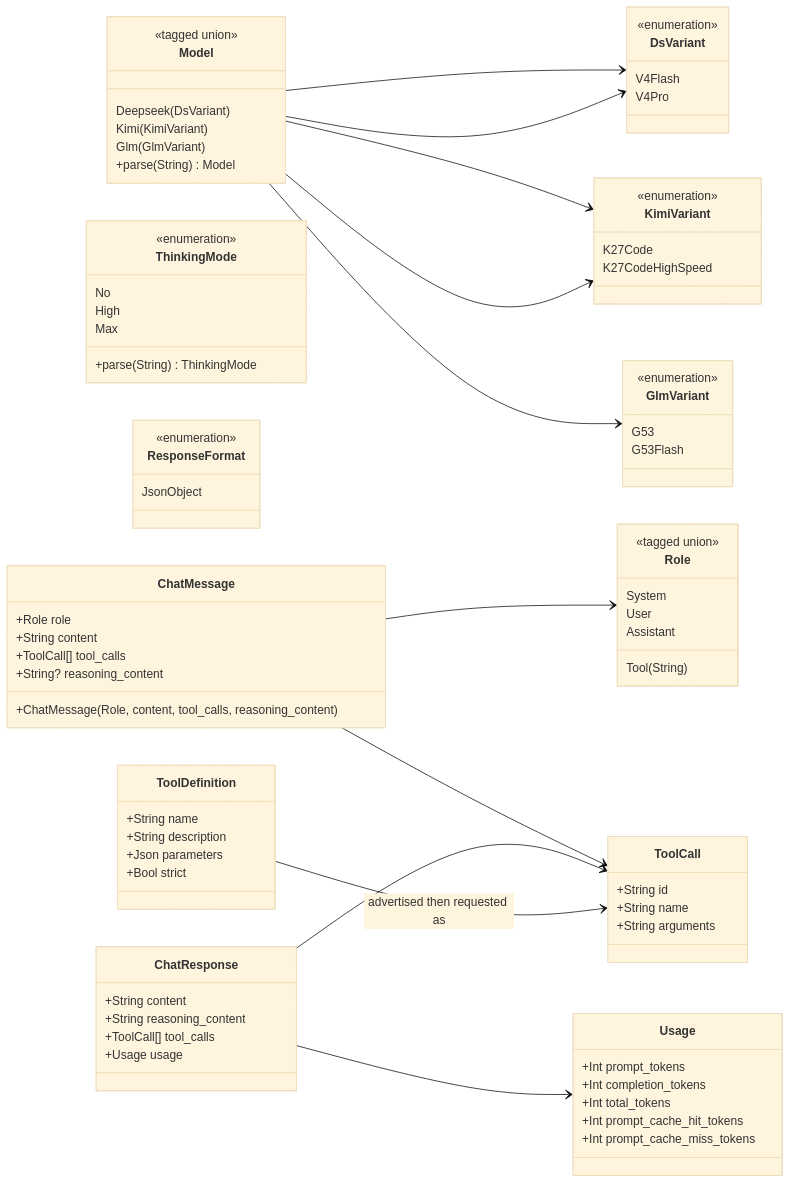
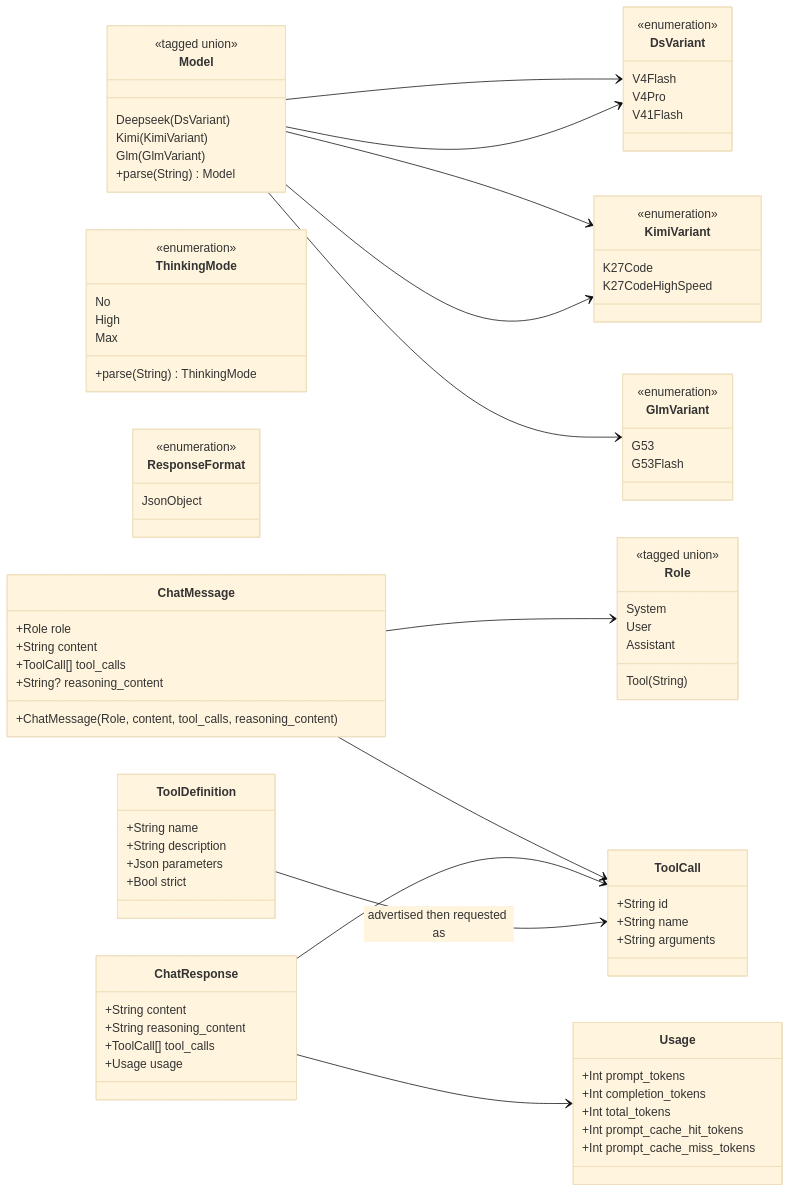
One commit to moonbitlang/openseek changed the second of 4 diagrams in deepseek/README.mbt.md. Above: the diagram before and after it, drawn with Mermaid (base theme). The commit also changed other lines of this file and 18 other files, not shown here.

```diff
--- a/deepseek/README.mbt.md
+++ b/deepseek/README.mbt.md
@@ -81,6 +81,7 @@
     <<enumeration>>
     V4Flash
     V4Pro
+    V41Flash
   }
 
   class KimiVariant {
```
